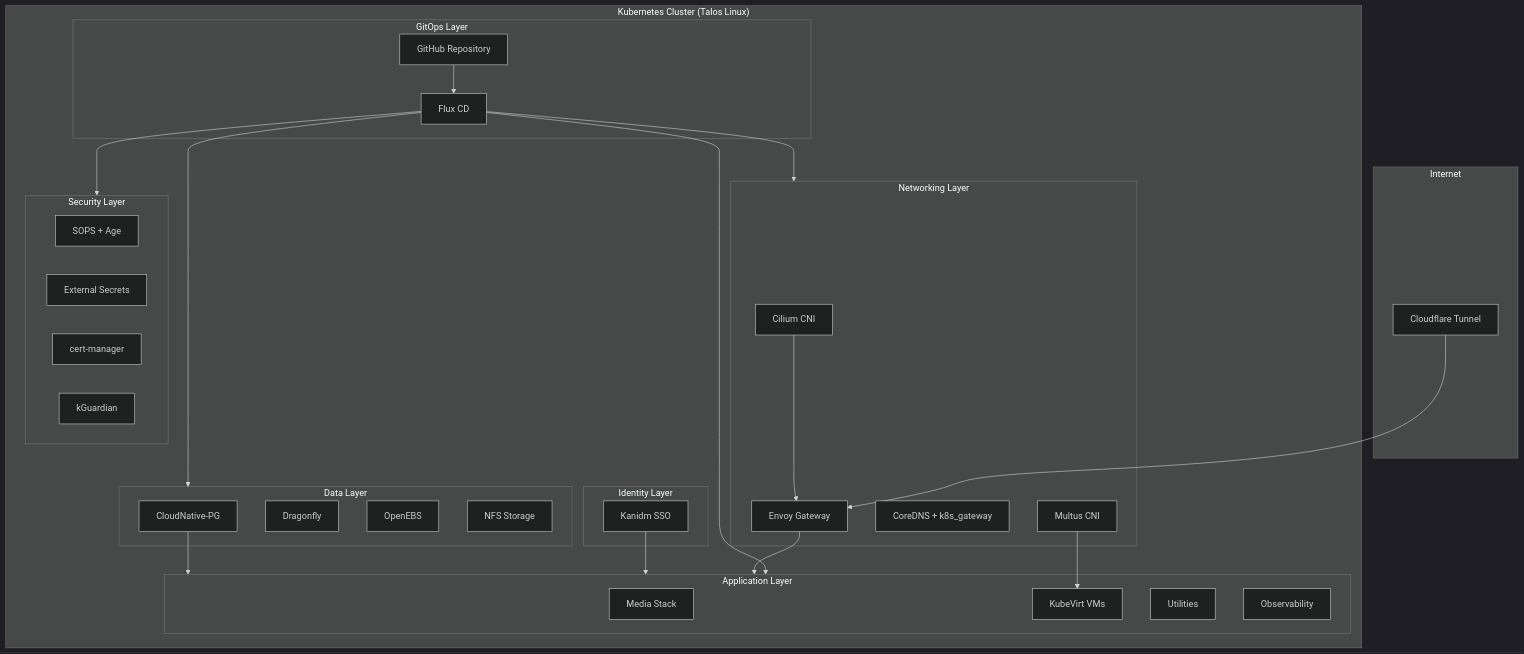
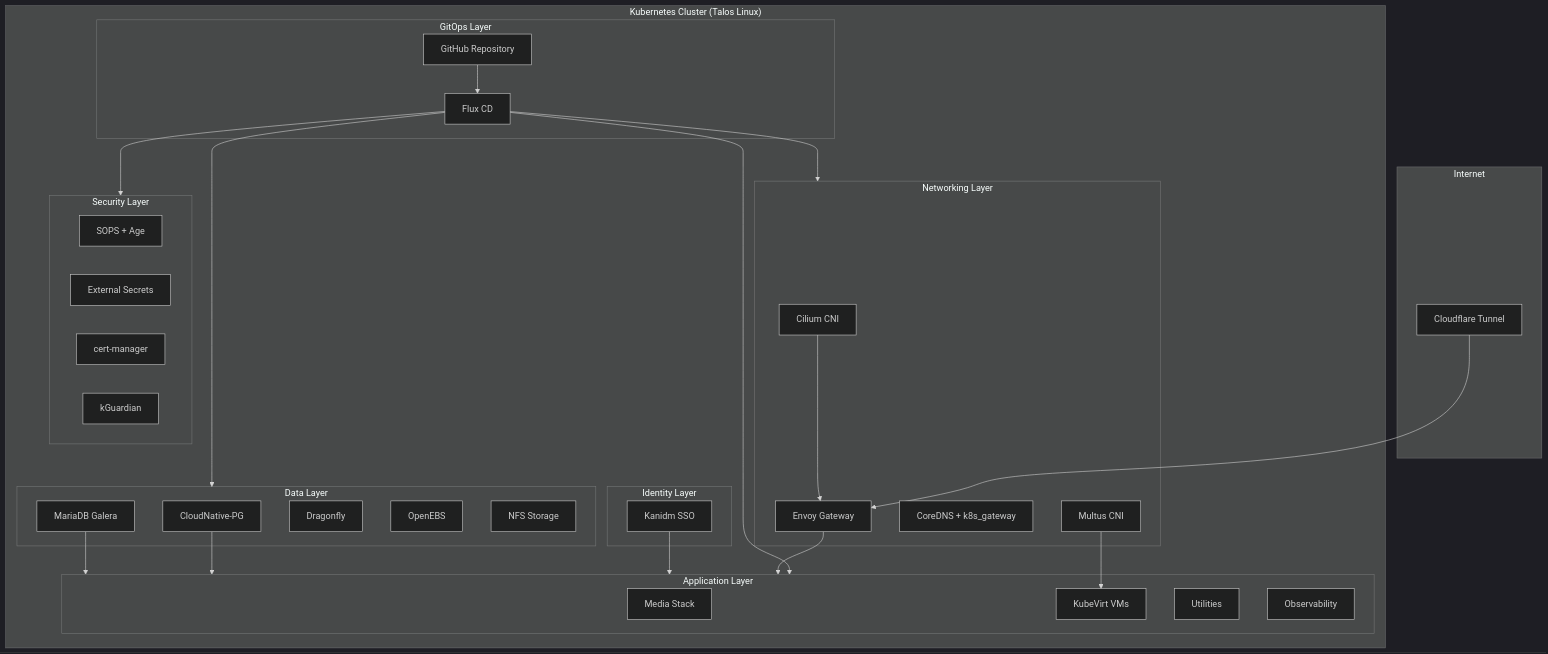
Before and after one commit to 00o-sh/special-winner: the first of 3 diagrams in docs/architecture.md, drawn with Mermaid (dark theme). The commit also changed other lines of this file and 3 other files, not shown here.

First line of the commit message:
docs(database): document MariaDB Galera cluster across all docs

````diff
--- a/docs/architecture.md
+++ b/docs/architecture.md
@@ -5,57 +5,59 @@
 ```mermaid
 graph TB
     subgraph Internet
         CF[Cloudflare Tunnel]
     end
 
     subgraph Cluster["Kubernetes Cluster (Talos Linux)"]
         subgraph GitOps["GitOps Layer"]
             Flux[Flux CD]
             Git[GitHub Repository]
         end
 
         subgraph Networking["Networking Layer"]
             Cilium[Cilium CNI]
             Envoy[Envoy Gateway]
             DNS[CoreDNS + k8s_gateway]
             Multus[Multus CNI]
         end
 
         subgraph Identity["Identity Layer"]
             Kanidm[Kanidm SSO]
         end
 
         subgraph Data["Data Layer"]
             PG[CloudNative-PG]
+            MDB[MariaDB Galera]
             Dragonfly[Dragonfly]
             OpenEBS[OpenEBS]
             NFS[NFS Storage]
         end
 
         subgraph Apps["Application Layer"]
             Media[Media Stack]
             VMs[KubeVirt VMs]
             Utils[Utilities]
             Obs[Observability]
         end
 
         subgraph Security["Security Layer"]
             SOPS[SOPS + Age]
             ExtSec[External Secrets]
             CertMgr[cert-manager]
             kGuardian[kGuardian]
         end
     end
 
     CF --> Envoy
     Git --> Flux
     Flux --> Apps
     Flux --> Networking
     Flux --> Data
     Flux --> Security
     Envoy --> Apps
     Kanidm --> Apps
     PG --> Apps
+    MDB --> Apps
     Cilium --> Envoy
     Multus --> VMs
 ```
````
